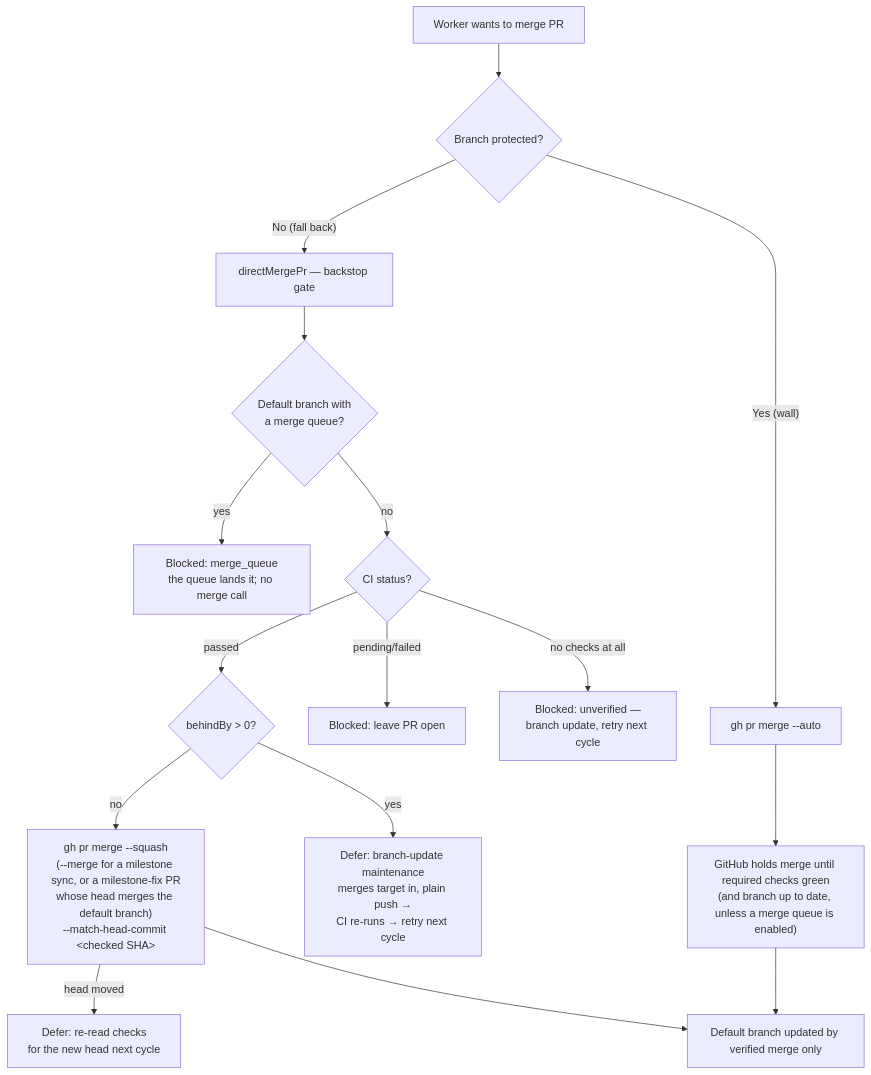
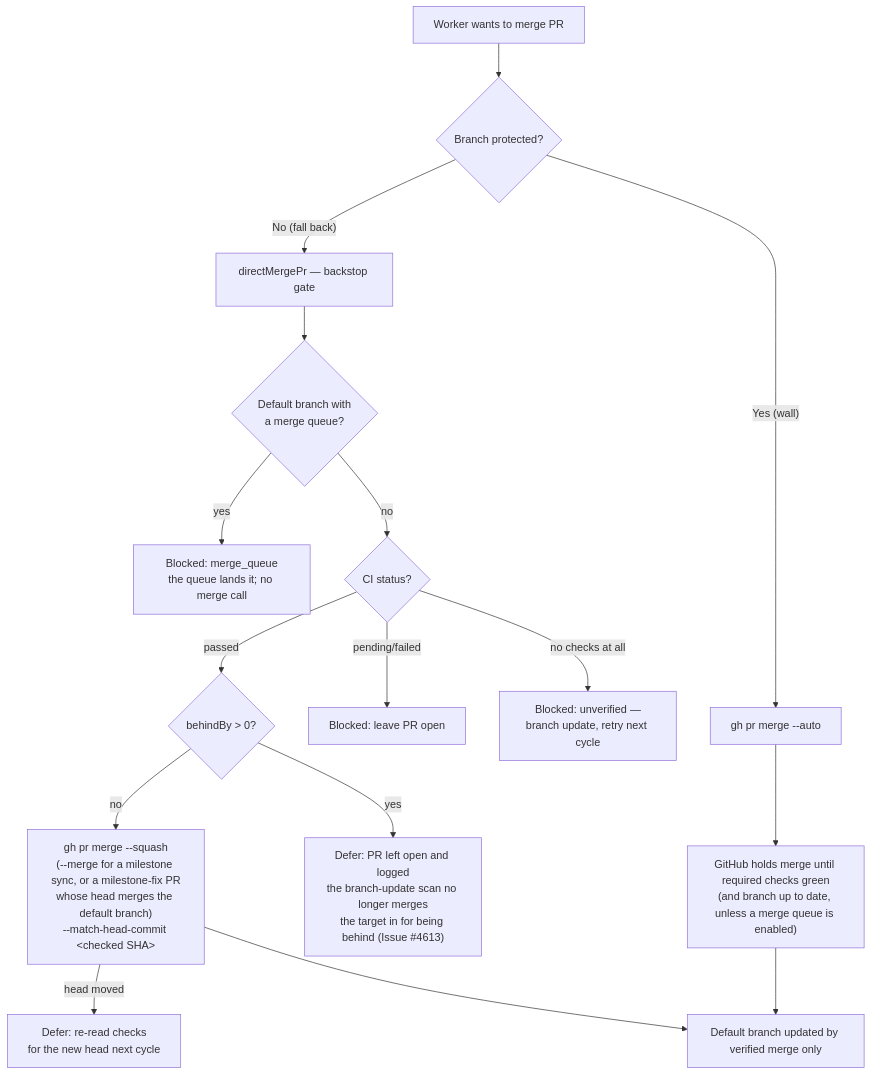
One commit to stSoftwareAU/VibeCoder changed the first of 12 diagrams in docs/MERGE.md. Above: the diagram before and after it, drawn with Mermaid. The commit also changed other lines of this file and 18 other files, not shown here.

````diff
--- a/docs/MERGE.md
+++ b/docs/MERGE.md
@@ -34,18 +34,18 @@
 ```mermaid
 flowchart TD
     A[Worker wants to merge PR] --> B{Branch protected?}
     B -- "Yes (wall)" --> C[gh pr merge --auto]
     C --> D["GitHub holds merge until required checks green<br/>(and branch up to date, unless a merge queue is enabled)"]
     B -- "No (fall back)" --> E[directMergePr — backstop gate]
     E --> Q{Default branch with<br/>a merge queue?}
     Q -- yes --> R["Blocked: merge_queue<br/>the queue lands it; no merge call"]
     Q -- no --> F{CI status?}
     F -- pending/failed --> G[Blocked: leave PR open]
     F -- "no checks at all" --> N[Blocked: unverified —<br/>branch update, retry next cycle]
     F -- passed --> H{behindBy > 0?}
-    H -- yes --> I[Defer: branch-update maintenance<br/>merges target in, plain push →<br/>CI re-runs → retry next cycle]
+    H -- yes --> I["Defer: PR left open and logged<br/>the branch-update scan no longer merges<br/>the target in for being behind (Issue #4613)"]
     H -- no --> J["gh pr merge --squash<br/>(--merge for a milestone sync, or a milestone-fix PR<br/>whose head merges the default branch)<br/>--match-head-commit &lt;checked SHA&gt;"]
     J -- head moved --> L[Defer: re-read checks<br/>for the new head next cycle]
     D --> K[Default branch updated by verified merge only]
     J --> K
 ```
````
